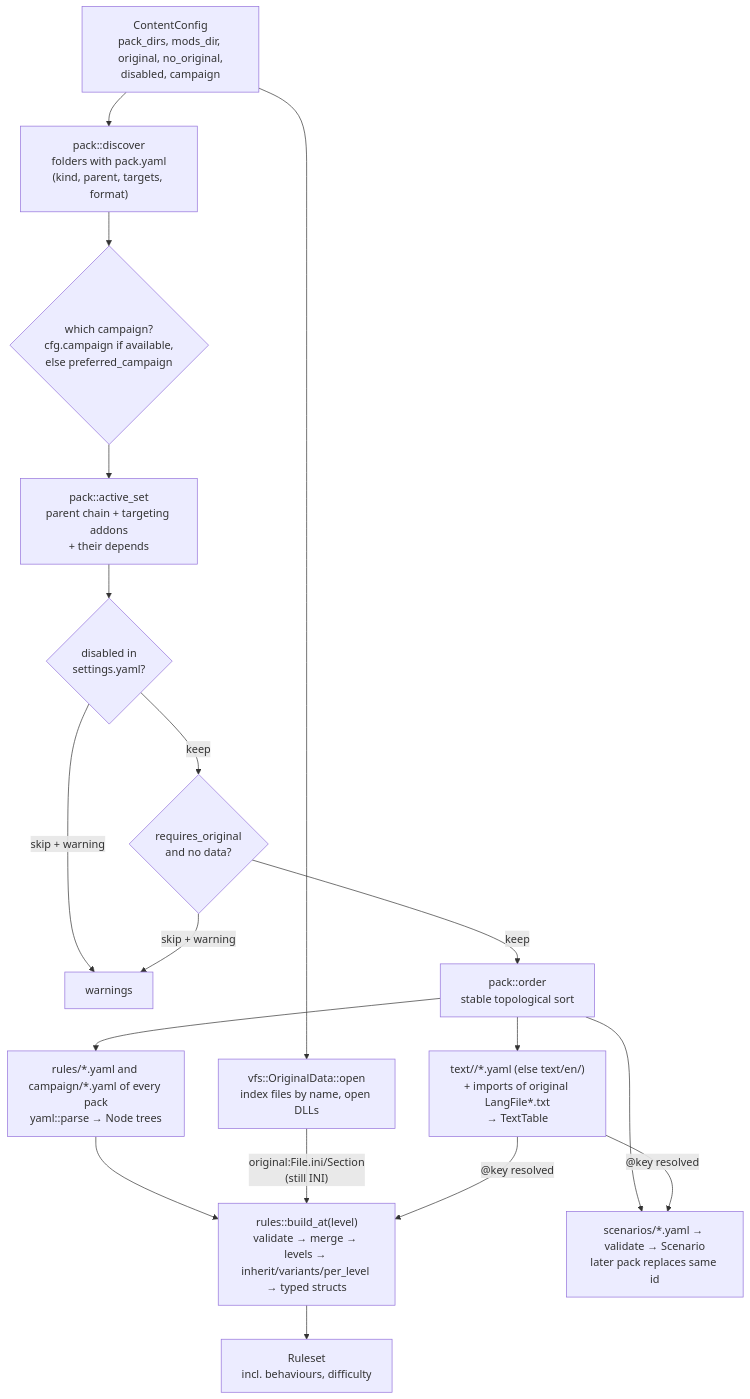
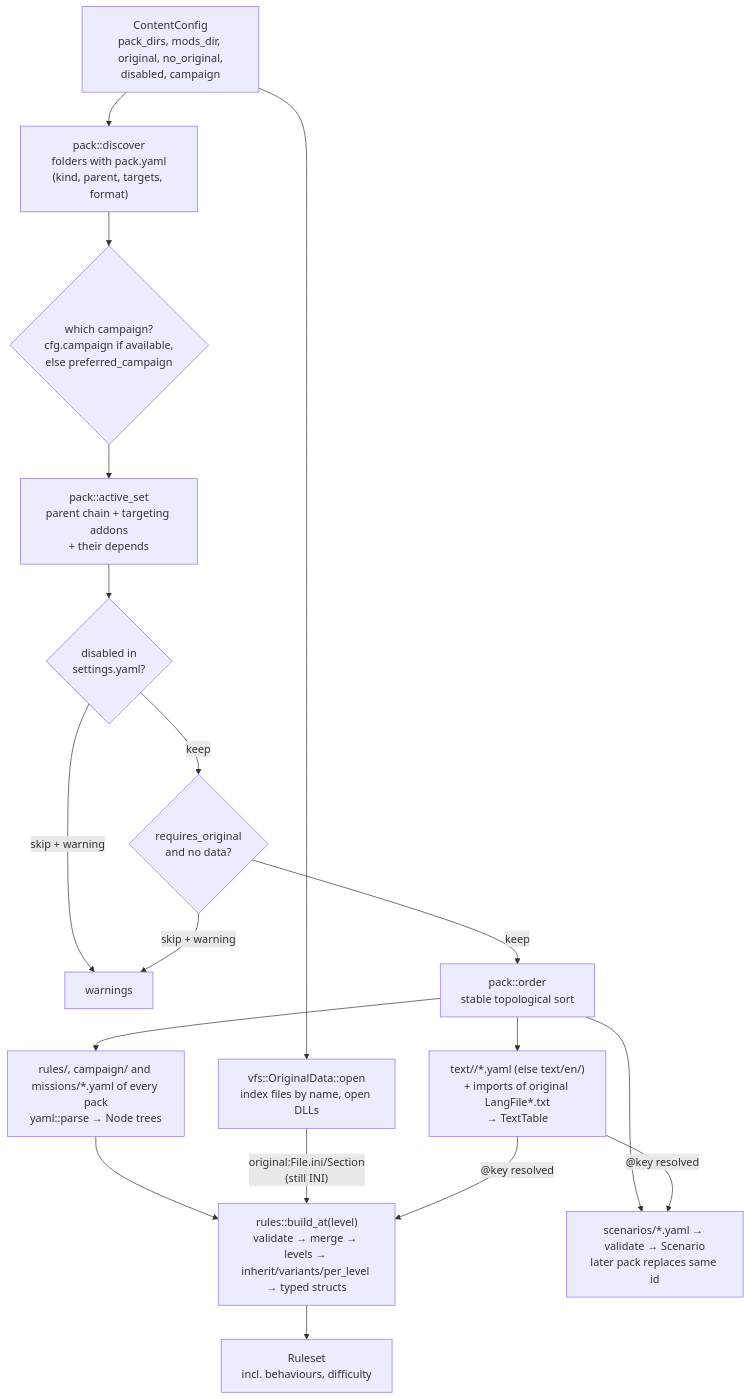
The first of 4 diagrams in docs/architecture/packs.md (bbogovich/OpenInterceptor), drawn with Mermaid before and after one commit. The commit also changed other lines of this file and 21 other files, not shown here.

````diff
--- a/docs/architecture/packs.md
+++ b/docs/architecture/packs.md
@@ -14,20 +14,20 @@
 ```mermaid
 flowchart TD
     CFG["ContentConfig<br/>pack_dirs, mods_dir, original, no_original,<br/>disabled, campaign"] --> D["pack::discover<br/>folders with pack.yaml<br/>(kind, parent, targets, format)"]
     D --> CA{"which campaign?<br/>cfg.campaign if available,<br/>else preferred_campaign"}
     CA --> AS["pack::active_set<br/>parent chain + targeting addons<br/>+ their depends"]
     AS --> DIS{"disabled in<br/>settings.yaml?"}
     DIS -->|skip + warning| W
     DIS -->|keep| SK{"requires_original<br/>and no data?"}
     SK -->|skip + warning| W["warnings"]
     SK -->|keep| O["pack::order<br/>stable topological sort"]
     CFG --> OD["vfs::OriginalData::open<br/>index files by name, open DLLs"]
-    O --> RS["rules/*.yaml and campaign/*.yaml of every pack<br/>yaml::parse → Node trees"]
+    O --> RS["rules/, campaign/ and missions/*.yaml of every pack<br/>yaml::parse → Node trees"]
     RS --> B["rules::build_at(level)<br/>validate → merge → levels → inherit/variants/per_level → typed structs"]
     OD -->|"original:File.ini/Section<br/>(still INI)"| B
     B --> RU["Ruleset<br/>incl. behaviours, difficulty"]
     O --> SC["scenarios/*.yaml → validate → Scenario<br/>later pack replaces same id"]
     O --> TX["text/<language>/*.yaml (else text/en/)<br/>+ imports of original LangFile*.txt<br/>→ TextTable"]
     TX -->|"@key resolved"| B
     TX -->|"@key resolved"| SC
 ```
````
